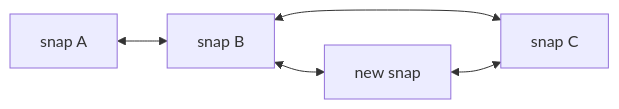
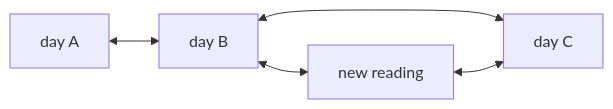
Before and after one commit to qgjones9/python-programming-guide: the seventh of 10 diagrams in docs/dsa/data-structures/doubly-linked-list/index.md, drawn with Mermaid. The commit also changed other lines of this file and 6 other files, not shown here.

````diff
--- a/docs/dsa/data-structures/doubly-linked-list/index.md
+++ b/docs/dsa/data-structures/doubly-linked-list/index.md
@@ -616,7 +648,7 @@
 ```mermaid
 flowchart LR
-  A["snap A"] <--> B["snap B"]
-  B <--> C["snap C"]
-  B <--> NEW["new snap"]
+  A["day A"] <--> B["day B"]
+  B <--> C["day C"]
+  B <--> NEW["new reading"]
   NEW <--> C
 ```
````
